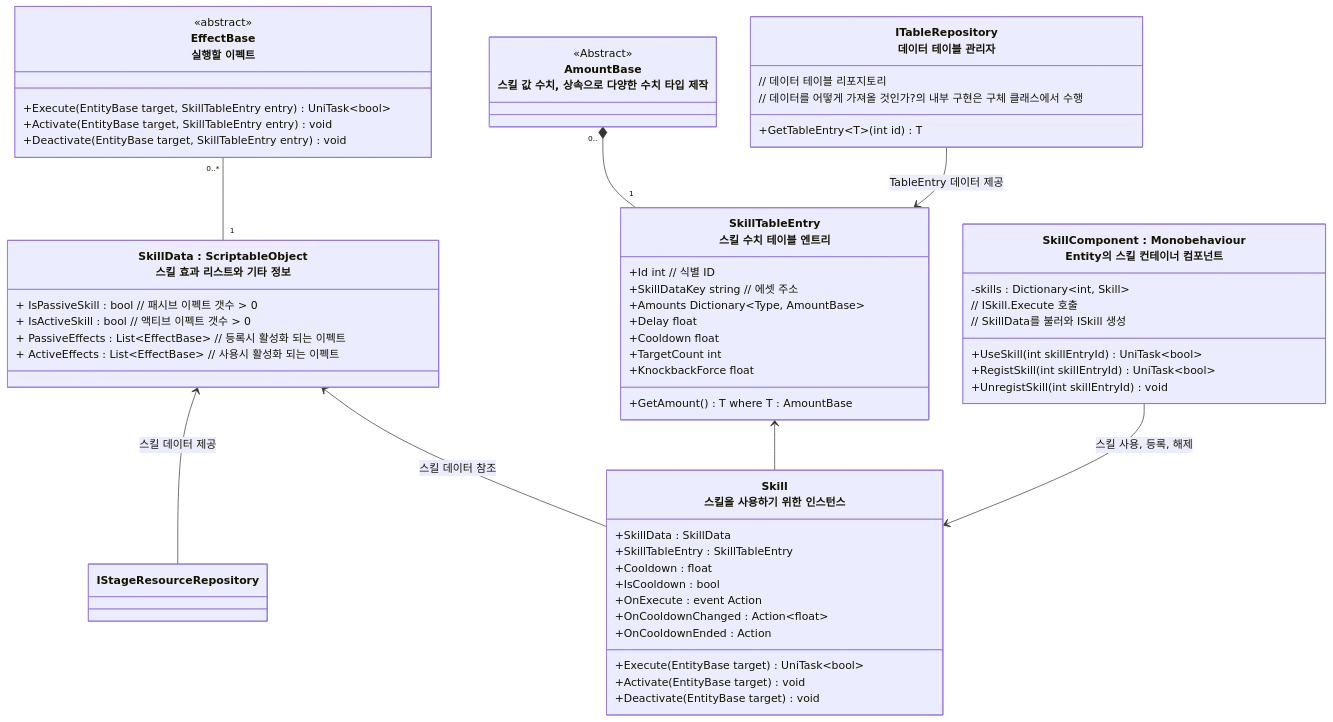
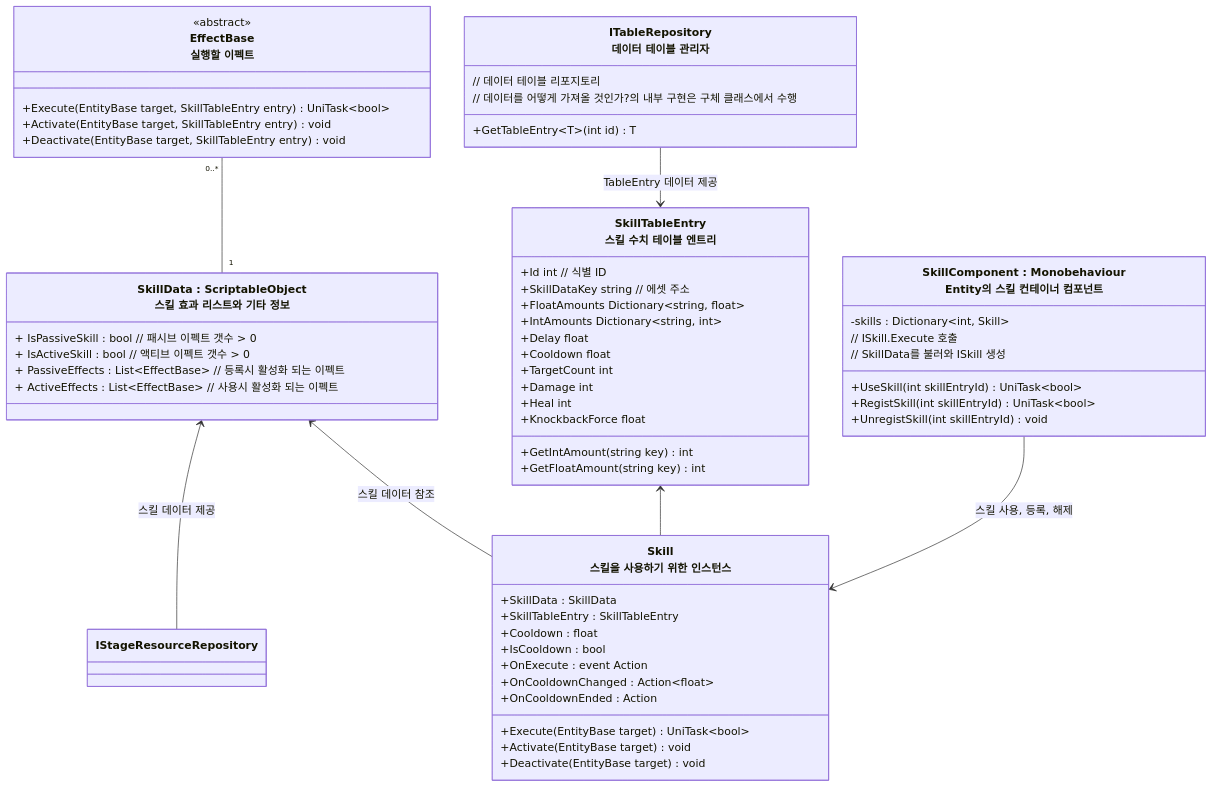
Before and after one commit to JIN5EOK/DungeonShooter: the first of 3 diagrams in README/스킬시스템_설계.md, drawn with Mermaid. The commit also changed other lines of this file and 1 other file, not shown here.

Commit message:
docs: 스킬 시스템에서 Amount 설계 변경 (너무 복잡하다 판단되어 단순화)

````diff
--- a/README/스킬시스템_설계.md
+++ b/README/스킬시스템_설계.md
@@ -7,66 +7,65 @@
 ```mermaid
 classDiagram
     class EffectBase["EffectBase<br>실행할 이펙트"]{
         <<abstract>>
         +Execute(EntityBase target, SkillTableEntry entry) UniTask~bool~
         +Activate(EntityBase target, SkillTableEntry entry) void
         +Deactivate(EntityBase target, SkillTableEntry entry) void
     }
     
     class SkillData["SkillData : ScriptableObject<br>스킬 효과 리스트와 기타 정보"]{
 		+ IsPassiveSkill : bool // 패시브 이펙트 갯수 > 0
 		+ IsActiveSkill : bool // 액티브 이펙트 갯수 > 0
         + PassiveEffects : List~EffectBase~ // 등록시 활성화 되는 이펙트
         + ActiveEffects : List~EffectBase~ // 사용시 활성화 되는 이펙트
     }
 
     class Skill["Skill<br>스킬을 사용하기 위한 인스턴스"]{
         +SkillData : SkillData
         +SkillTableEntry : SkillTableEntry
         +Cooldown : float
         +IsCooldown : bool
         +OnExecute : event Action
         +OnCooldownChanged : Action~float~
         +OnCooldownEnded : Action
         +Execute(EntityBase target) UniTask~bool~
         +Activate(EntityBase target) void
         +Deactivate(EntityBase target) void
     }
 
 	class SkillTableEntry["SkillTableEntry<br>스킬 수치 테이블 엔트리"]{
 		+Id int // 식별 ID
 		+SkillDataKey string // 에셋 주소
-		+Amounts Dictionary~Type, AmountBase~
+		+FloatAmounts Dictionary~string, float~
+        +IntAmounts Dictionary~string, int~
 		+Delay float
 		+Cooldown float
 		+TargetCount int
+        +Damage int
+        +Heal int
 		+KnockbackForce float
-		+GetAmount<T>() T where T : AmountBase
-	}
-
-	class AmountBase["AmountBase<br>스킬 값 수치, 상속으로 다양한 수치 타입 제작"]{
-		<<Abstract>>
+		+GetIntAmount(string key) int
+        +GetFloatAmount(string key) int
 	}
 	
     class SkillComponent["SkillComponent : Monobehaviour<br>Entity의 스킬 컨테이너 컴포넌트"]{
         -skills : Dictionary~int, Skill~
         +UseSkill(int skillEntryId) UniTask~bool~
         // ISkill.Execute 호출
         +RegistSkill(int skillEntryId) UniTask~bool~
         // SkillData를 불러와 ISkill 생성 
         +UnregistSkill(int skillEntryId) void
     }
     
 	class ITableRepository["ITableRepository<br>데이터 테이블 관리자"]{
 		// 데이터 테이블 리포지토리
 		// 데이터를 어떻게 가져올 것인가?의 내부 구현은 구체 클래스에서 수행
 		+GetTableEntry~T~(int id) T
 	}
-	AmountBase "0.."*--"1" SkillTableEntry
 	SkillData <-- IStageResourceRepository : 스킬 데이터 제공
     SkillTableEntry <-- Skill
     SkillData <-- Skill : 스킬 데이터 참조
     EffectBase "0..*"--"1" SkillData
     SkillComponent --> Skill  : 스킬 사용, 등록, 해제 
     ITableRepository --> SkillTableEntry : TableEntry 데이터 제공
 ```
````
